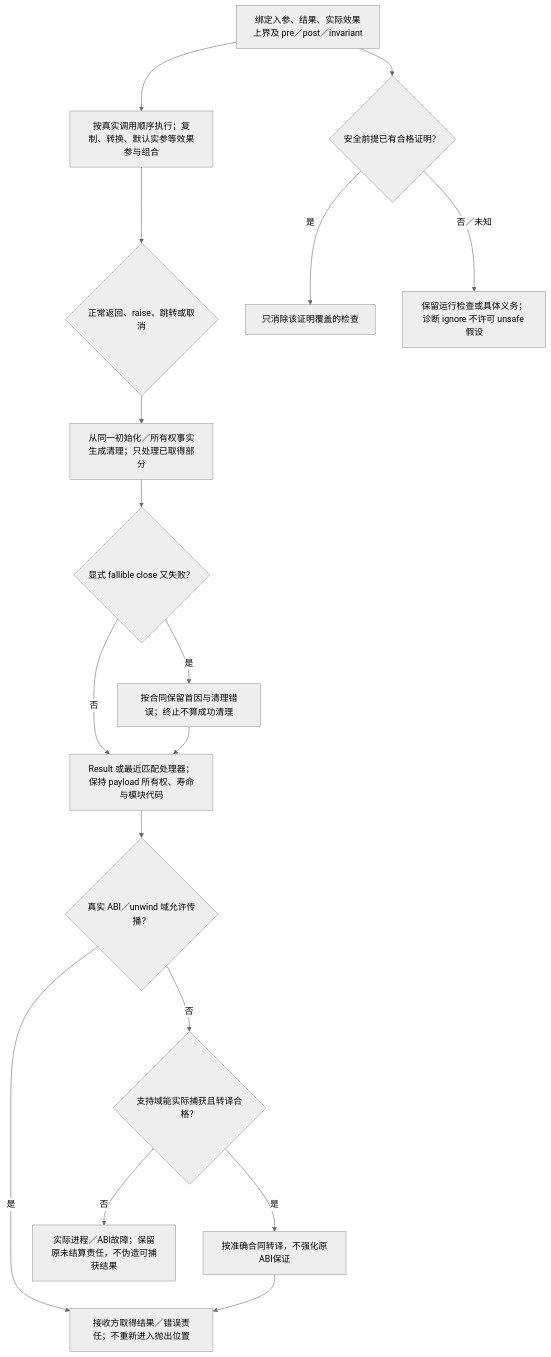
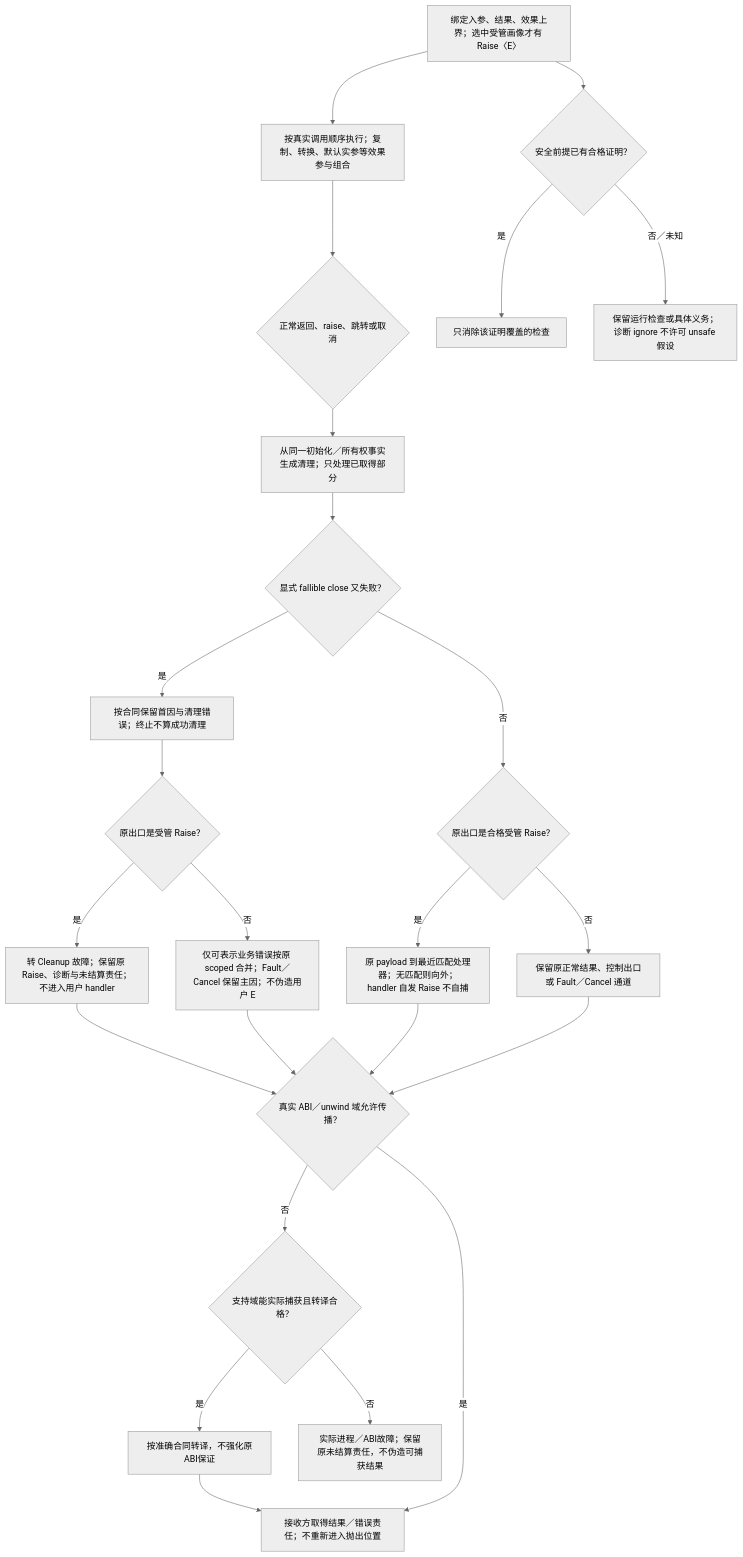
The diagram in docs/领域/计算基础/错误传播与契约保持.md (sec-platform/sec), drawn with Mermaid (neutral theme) before and after one commit. The commit also changed other lines of this file and 88 other files, not shown here.

````diff
--- a/docs/领域/计算基础/错误传播与契约保持.md
+++ b/docs/领域/计算基础/错误传播与契约保持.md
@@ -35,19 +54,26 @@
 ```mermaid
 flowchart TB
-  contract["绑定入参、结果、实际效果上界及 pre／post／invariant"] --> evaluate["按真实调用顺序执行；复制、转换、默认实参等效果参与组合"]
+  contract["绑定入参、结果、效果上界；选中受管画像才有 Raise〈E〉"] --> evaluate["按真实调用顺序执行；复制、转换、默认实参等效果参与组合"]
   evaluate --> exit{"正常返回、raise、跳转或取消"}
   exit --> cleanup["从同一初始化／所有权事实生成清理；只处理已取得部分"]
   cleanup --> second{"显式 fallible close 又失败？"}
   second -->|是| aggregate["按合同保留首因与清理错误；终止不算成功清理"]
-  second -->|否| propagate["Result 或最近匹配处理器；保持 payload 所有权、寿命与模块代码"]
-  aggregate --> propagate
+  second -->|否| original{"原出口是合格受管 Raise？"}
+  original -->|是| handler["原 payload 到最近匹配处理器；无匹配则向外；handler 自发 Raise 不自捕"]
+  original -->|否| propagate["保留原正常结果、控制出口或 Fault／Cancel 通道"]
+  aggregate --> failedExit{"原出口是受管 Raise？"}
+  failedExit -->|是| cleanupFault["转 Cleanup 故障；保留原 Raise、诊断与未结算责任；不进入用户 handler"]
+  failedExit -->|否| mergeOther["仅可表示业务错误按原 scoped 合并；Fault／Cancel 保留主因；不伪造用户 E"]
+  handler --> boundary
+  cleanupFault --> boundary
+  mergeOther --> boundary
   propagate --> boundary{"真实 ABI／unwind 域允许传播？"}
   boundary -->|否| capture{"支持域能实际捕获且转译合格？"}
   capture -->|是| convert["按准确合同转译，不强化原ABI保证"]
   capture -->|否| fatal["实际进程／ABI故障；保留原未结算责任，不伪造可捕获结果"]
   boundary -->|是| receive["接收方取得结果／错误责任；不重新进入抛出位置"]
   convert --> receive
   contract --> proof{"安全前提已有合格证明？"}
   proof -->|是| eliminate["只消除该证明覆盖的检查"]
   proof -->|否／未知| runtime["保留运行检查或具体义务；诊断 ignore 不许可 unsafe 假设"]
 ```
````
